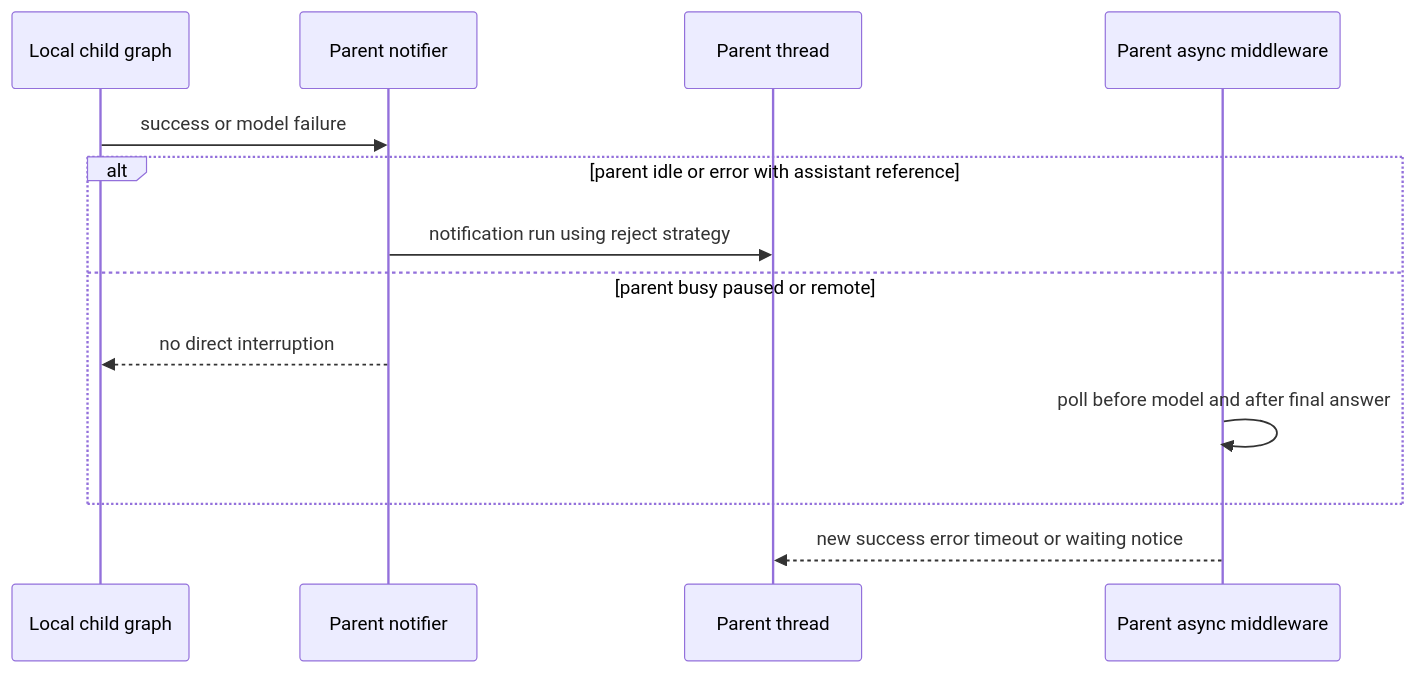
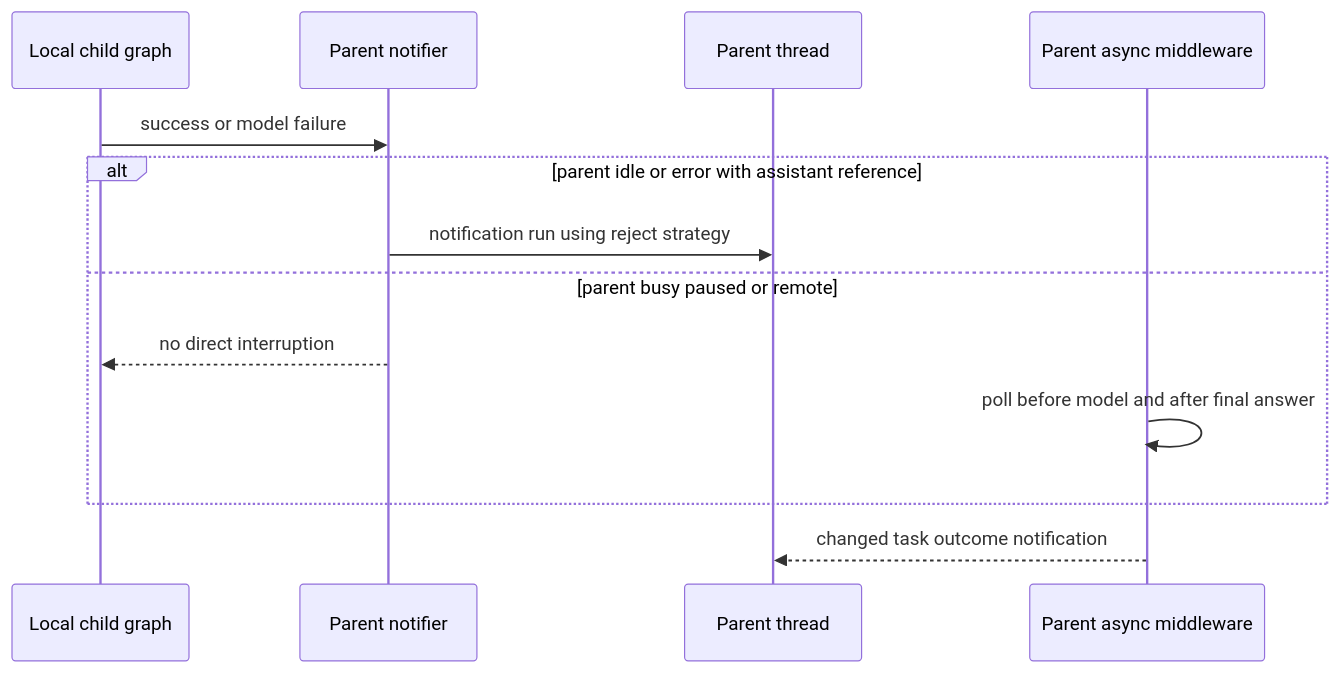
One commit to langchain-ai/deepagents changed the fourth of 4 diagrams in openwiki/architecture/runtime-behavior.md. Above: the diagram before and after it, drawn with Mermaid. The commit also changed other lines of this file and 67 other files, not shown here.

````diff
--- a/openwiki/architecture/runtime-behavior.md
+++ b/openwiki/architecture/runtime-behavior.md
@@ -125,15 +133,15 @@
 ```mermaid
 sequenceDiagram
     participant Child as Local child graph
     participant Notifier as Parent notifier
     participant Parent as Parent thread
     participant Poller as Parent async middleware
     Child->>Notifier: success or model failure
     alt parent idle or error with assistant reference
         Notifier->>Parent: notification run using reject strategy
     else parent busy paused or remote
         Notifier-->>Child: no direct interruption
         Poller->>Poller: poll before model and after final answer
     end
-    Poller-->>Parent: new success error timeout or waiting notice
+    Poller-->>Parent: changed task outcome notification
 ```
````
